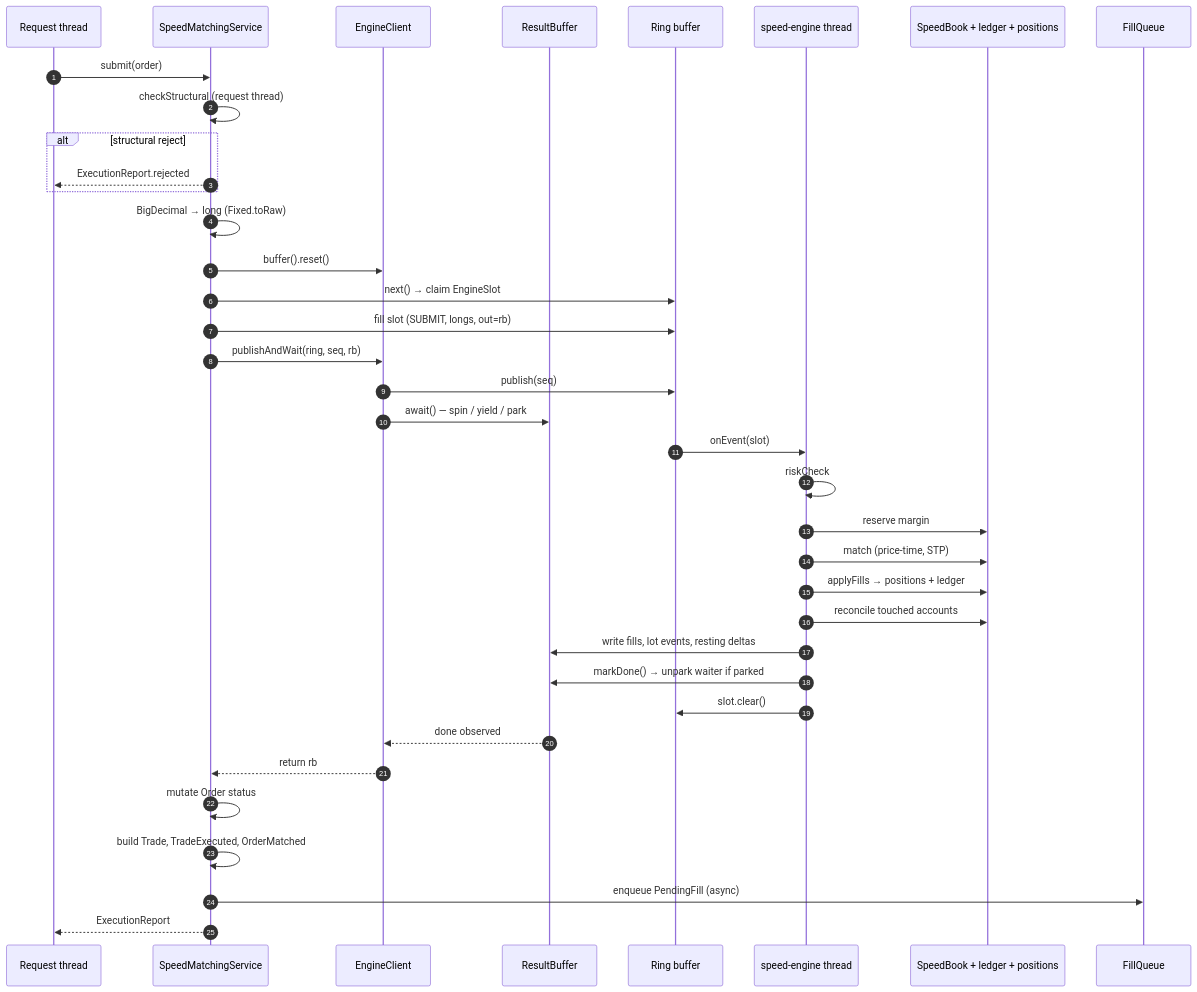
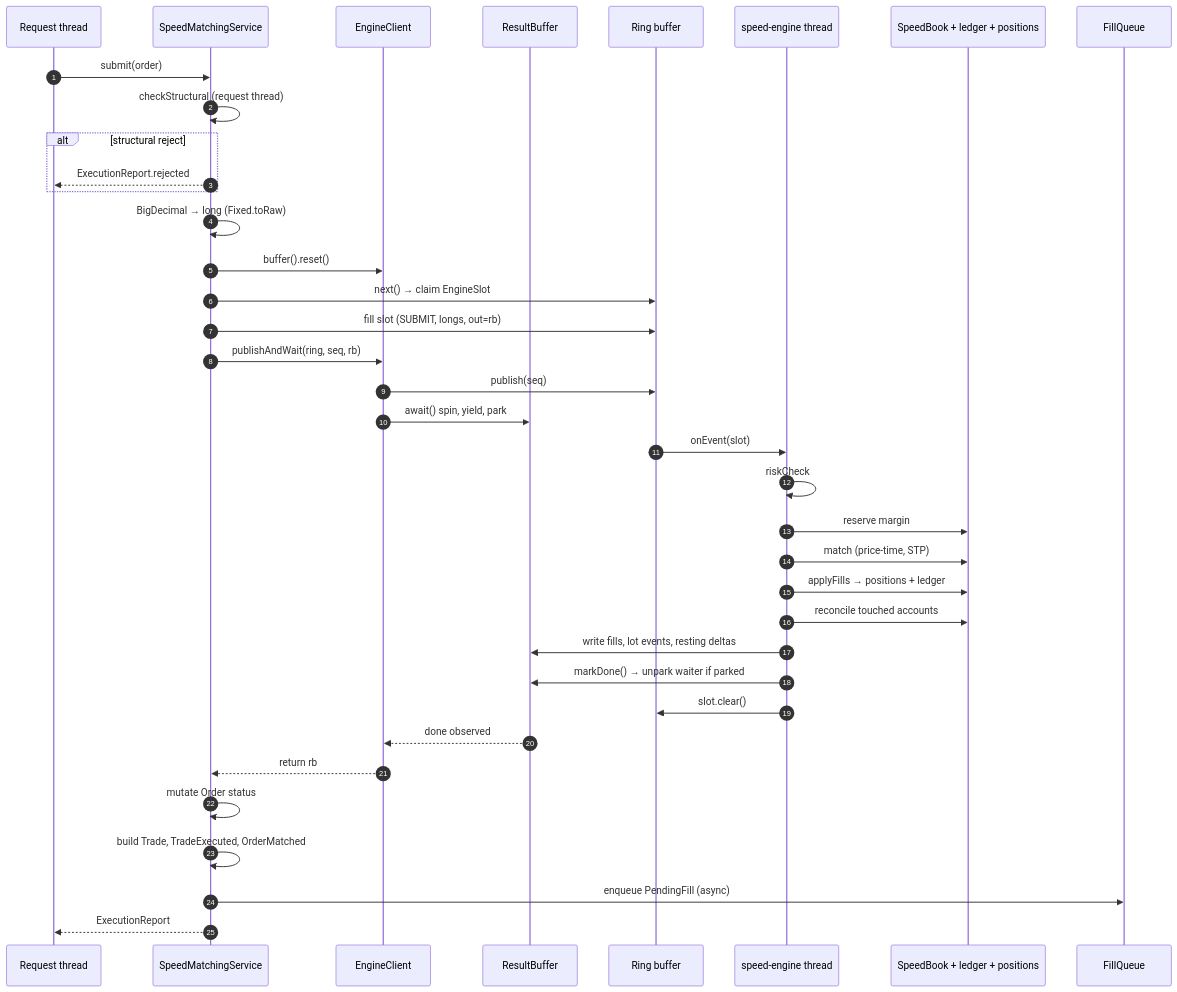
Before and after one commit to mc139/fx-oee-docs: the third of 11 diagrams in speed-engine-architecture.md, drawn with Mermaid. The commit also changed other lines of this file and 21 other files, not shown here.

````diff
--- a/speed-engine-architecture.md
+++ b/speed-engine-architecture.md
@@ -163,42 +163,42 @@
 ```mermaid
 sequenceDiagram
     autonumber
     participant RT as Request thread
     participant SMS as SpeedMatchingService
     participant EC as EngineClient
     participant RB as ResultBuffer
     participant RING as Ring buffer
     participant ET as speed-engine thread
     participant BK as SpeedBook + ledger + positions
     participant FQ as FillQueue
 
     RT->>SMS: submit(order)
     SMS->>SMS: checkStructural (request thread)
     alt structural reject
         SMS-->>RT: ExecutionReport.rejected
     end
     SMS->>SMS: BigDecimal → long (Fixed.toRaw)
     SMS->>EC: buffer().reset()
     SMS->>RING: next() → claim EngineSlot
     SMS->>RING: fill slot (SUBMIT, longs, out=rb)
     SMS->>EC: publishAndWait(ring, seq, rb)
     EC->>RING: publish(seq)
-    EC->>RB: await() — spin / yield / park
+    EC->>RB: await() spin, yield, park
 
     RING->>ET: onEvent(slot)
     ET->>ET: riskCheck
     ET->>BK: reserve margin
     ET->>BK: match (price-time, STP)
     ET->>BK: applyFills → positions + ledger
     ET->>BK: reconcile touched accounts
     ET->>RB: write fills, lot events, resting deltas
     ET->>RB: markDone() → unpark waiter if parked
     ET->>RING: slot.clear()
 
     RB-->>EC: done observed
     EC-->>SMS: return rb
     SMS->>SMS: mutate Order status
     SMS->>SMS: build Trade, TradeExecuted, OrderMatched
   SMS->>FQ: enqueue PendingFill (async)
     SMS-->>RT: ExecutionReport
 ```
````
